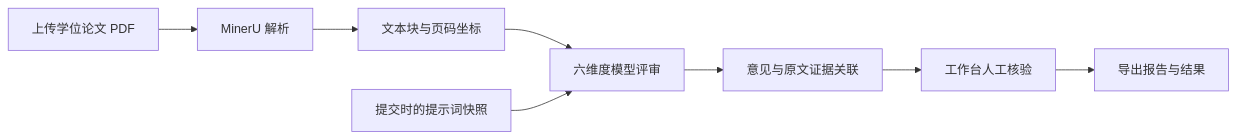
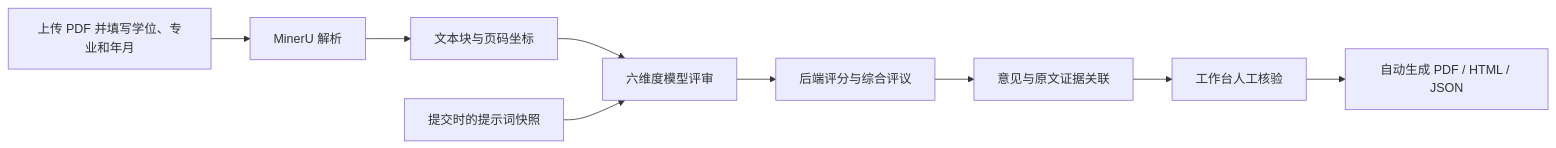
Before and after one commit to JackLiu-97/wenheng-thesis-review-lab: the diagram in README.md, drawn with Mermaid. The commit also changed other lines of this file and 58 other files, not shown here.

````diff
--- a/README.md
+++ b/README.md
@@ -46,10 +49,11 @@
 ```mermaid
 flowchart LR
-    A[上传学位论文 PDF] --> B[MinerU 解析]
+    A[上传 PDF 并填写学位、专业和年月] --> B[MinerU 解析]
     B --> C[文本块与页码坐标]
     C --> D[六维度模型评审]
     P[提交时的提示词快照] --> D
-    D --> E[意见与原文证据关联]
+    D --> S[后端评分与综合评议]
+    S --> E[意见与原文证据关联]
     E --> F[工作台人工核验]
-    F --> G[导出报告与结果]
+    F --> G[自动生成 PDF / HTML / JSON]
 ```
````
